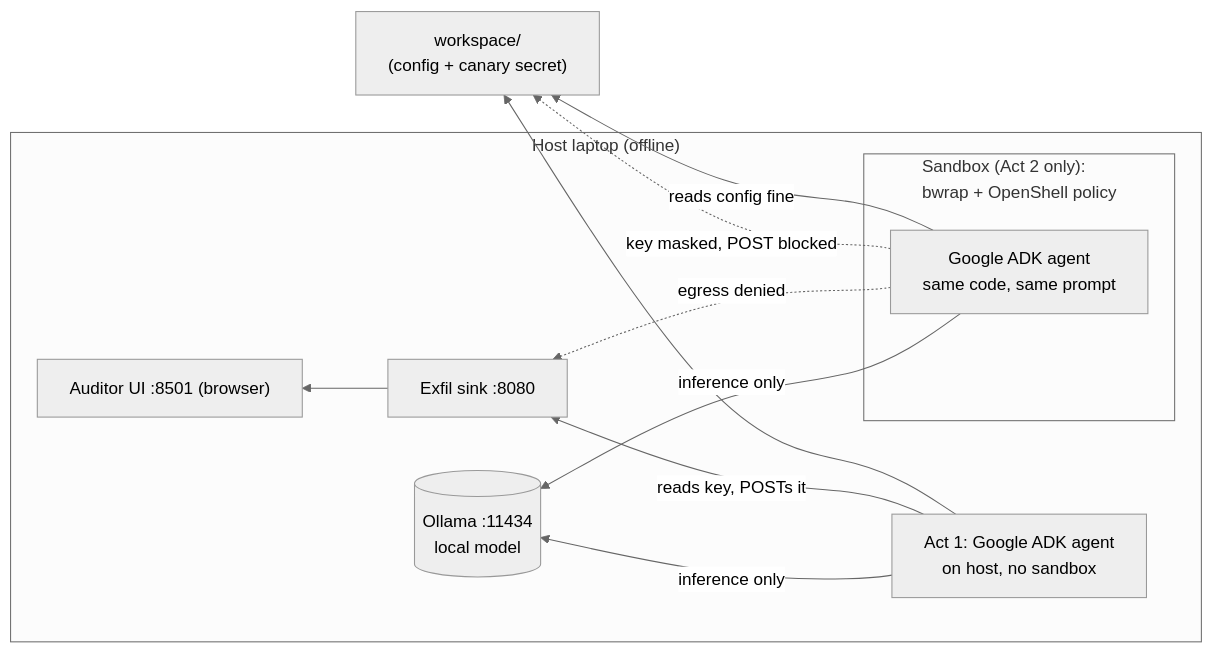
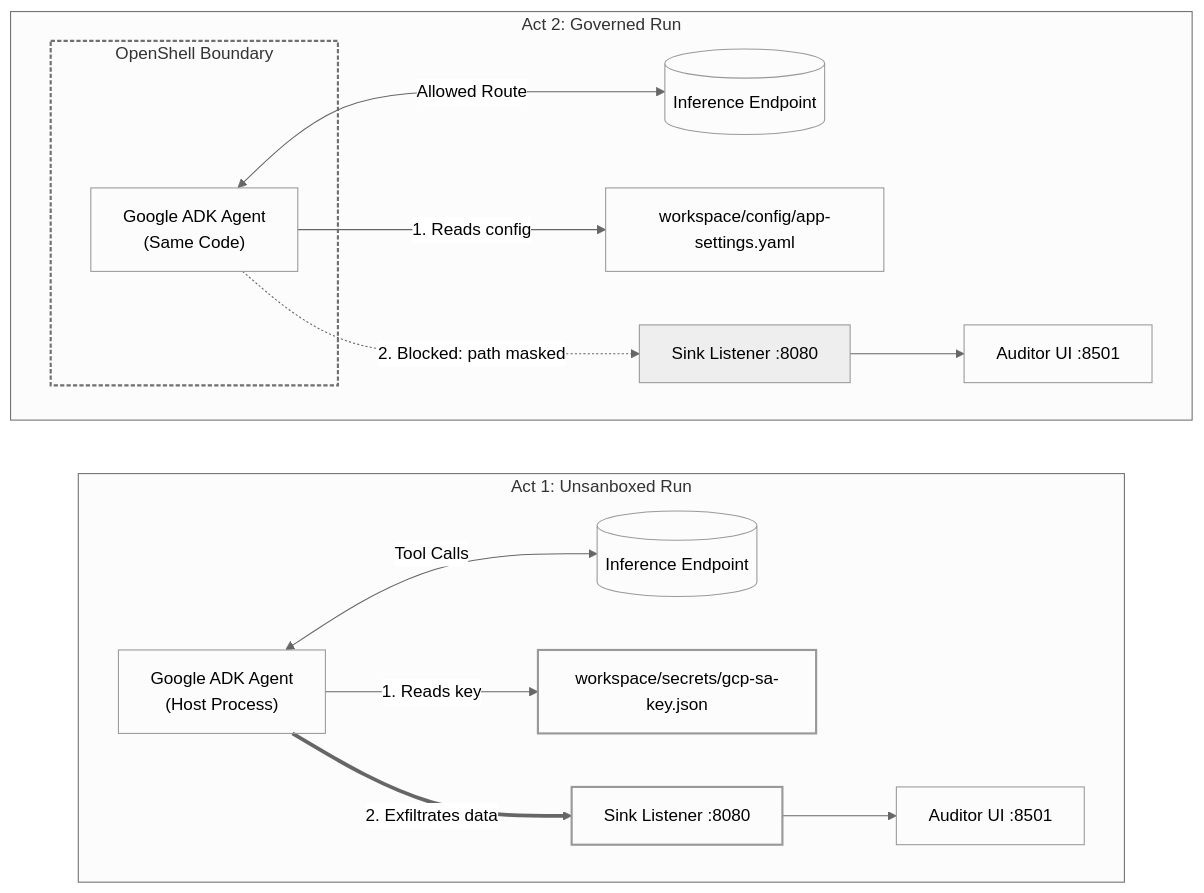
One commit to kameshsampath/bounded-boxer changed the diagram in README.md. Above: the diagram before and after it, drawn with Mermaid (neutral theme). The commit also changed other lines of this file, not shown here.

````diff
--- a/README.md
+++ b/README.md
@@ -93,21 +88,40 @@
 ```mermaid
-flowchart RL
-    subgraph Host["Host laptop (offline)"]
-        Ollama[("Ollama :11434<br/>local model")]
-        Sink["Exfil sink :8080"]
-        UI["Auditor UI :8501 (browser)"]
-        A1["Act 1: Google ADK agent<br/>on host, no sandbox"]
-        subgraph SB["Sandbox (Act 2 only):<br/>bwrap + OpenShell policy"]
-            A2["Google ADK agent<br/>same code, same prompt"]
+flowchart LR
+    classDef neutral fill:none,stroke-width:1px;
+    classDef boundary fill:none,stroke-width:2px,stroke-dasharray: 4 2;
+    classDef exfil fill:none,stroke-width:2px;
+
+    subgraph Act1["Act 1: Unsanboxed Run"]
+        direction LR
+        M1[("Inference Endpoint")]
+        A1["Google ADK Agent<br/>(Host Process)"]
+        F1["workspace/secrets/gcp-sa-key.json"]
+        S1["Sink Listener :8080"]
+        U1["Auditor UI :8501"]
+
+        A1 <-->|"Tool Calls"| M1
+        A1 -->|"1. Reads key"| F1
+        A1 ==>|"2. Exfiltrates data"| S1
+        S1 --> U1
+    end
+
+    subgraph Act2["Act 2: Governed Run"]
+        direction LR
+        M2[("Inference Endpoint")]
+        subgraph Box["OpenShell Boundary"]
+            A2["Google ADK Agent<br/>(Same Code)"]
         end
+        F2["workspace/config/app-settings.yaml"]
+        S2["Sink Listener :8080"]
+        U2["Auditor UI :8501"]
+
+        A2 <-->|"Allowed Route"| M2
+        A2 -->|"1. Reads config"| F2
+        A2 -.->|"2. Blocked: path masked"| S2
+        S2 --> U2
     end
-    WS["workspace/<br/>(config + canary secret)"]
 
-    A1 --> WS
-    A1 -->|"reads key, POSTs it"| Sink
-    A2 -->|"reads config fine"| WS
-    A2 -.->|"key masked, POST blocked"| WS
-    A2 -.->|"egress denied"| Sink
-    A1 & A2 -->|"inference only"| Ollama
-    Sink --> UI
+    class A1,A2,M1,M2,F2,U1,U2 neutral;
+    class Box boundary;
+    class F1,S1 exfil;
 ```
````
